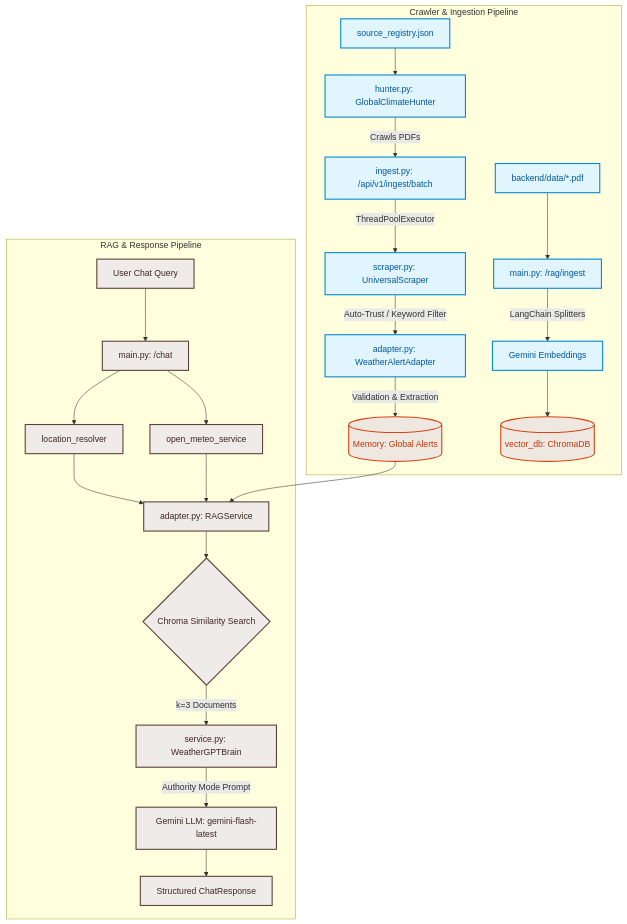
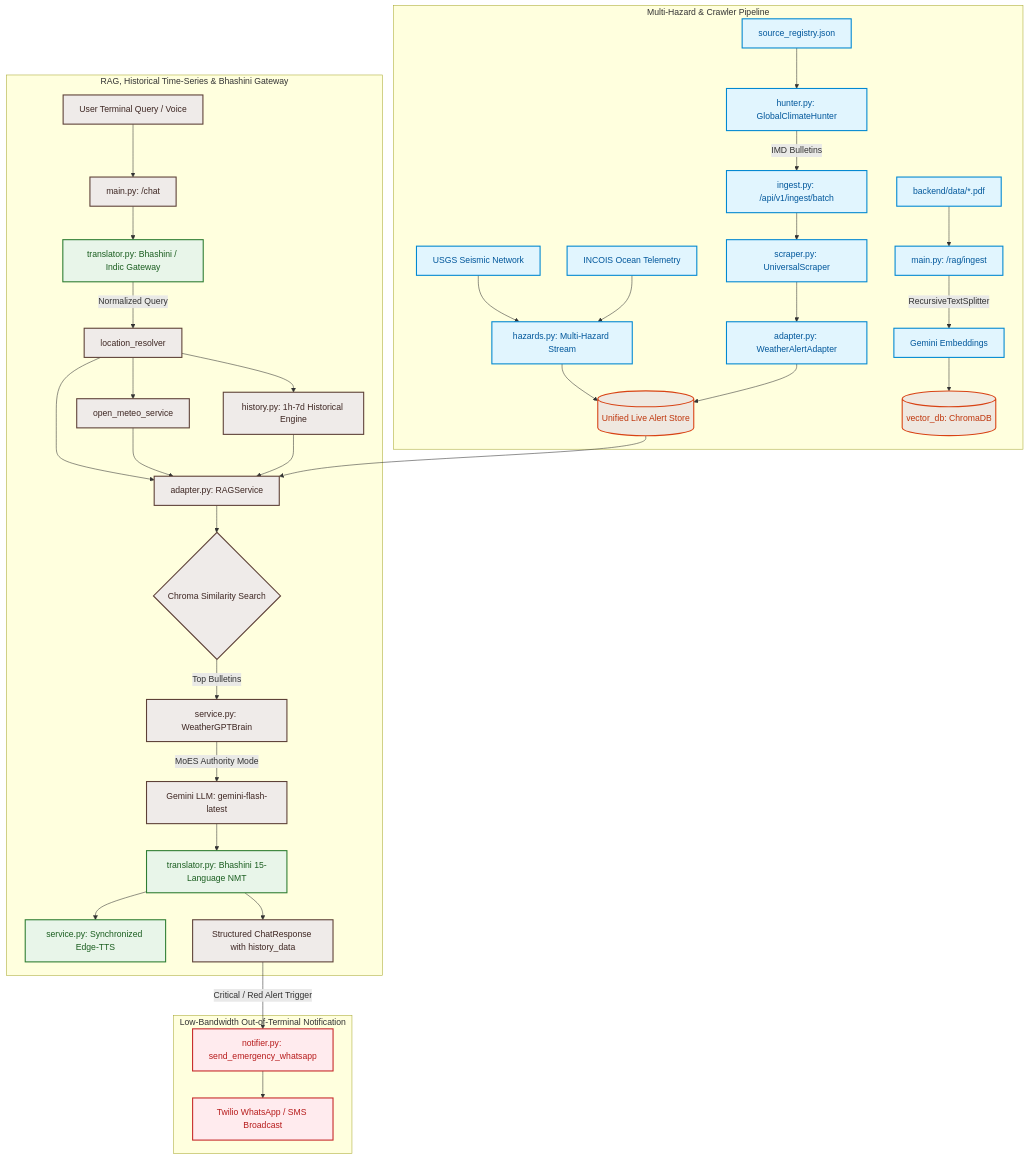
One commit to rck2025/WeatherGPT changed the diagram in README.md. Above: the diagram before and after it, drawn with Mermaid. The commit also changed other lines of this file and 73 other files, not shown here.

````diff
--- a/README.md
+++ b/README.md
@@ -11,35 +11,55 @@
 ```mermaid
 graph TD
     %% Styling
     classDef ingest fill:#e1f5fe,stroke:#0288d1,stroke-width:2px,color:#01579b;
     classDef query fill:#efebe9,stroke:#5d4037,stroke-width:2px,color:#3e2723;
     classDef storage fill:#efe8e0,stroke:#d84315,stroke-width:2px,color:#bf360c;
+    classDef national fill:#e8f5e9,stroke:#2e7d32,stroke-width:2px,color:#1b5e20;
+    classDef alert fill:#ffebee,stroke:#c62828,stroke-width:2px,color:#b71c1c;
     
-    subgraph Ingestion Pipeline [Crawler & Ingestion Pipeline]
+    subgraph Ingestion Pipeline [Multi-Hazard & Crawler Pipeline]
         registry[source_registry.json] --> hunter[hunter.py: GlobalClimateHunter]
-        hunter -- Crawls PDFs --> batch_ingest[ingest.py: /api/v1/ingest/batch]
-        batch_ingest -- ThreadPoolExecutor --> scraper[scraper.py: UniversalScraper]
-        scraper -- Auto-Trust / Keyword Filter --> adapter[adapter.py: WeatherAlertAdapter]
-        adapter -- Validation & Extraction --> alert_store[(Memory: Global Alerts)]
+        hunter -- IMD Bulletins --> batch_ingest[ingest.py: /api/v1/ingest/batch]
+        batch_ingest --> scraper[scraper.py: UniversalScraper]
+        scraper --> adapter[adapter.py: WeatherAlertAdapter]
+        
+        usgs_feed[USGS Seismic Network] --> hazards[hazards.py: Multi-Hazard Stream]
+        incois_feed[INCOIS Ocean Telemetry] --> hazards
+        
+        hazards --> alert_store[(Unified Live Alert Store)]
+        adapter --> alert_store
         
         pdf_dir[backend/data/*.pdf] --> doc_ingest[main.py: /rag/ingest]
-        doc_ingest -- LangChain Splitters --> embed[Gemini Embeddings]
+        doc_ingest -- RecursiveTextSplitter --> embed[Gemini Embeddings]
         embed --> chroma[(vector_db: ChromaDB)]
     end
     
-    subgraph Query Pipeline [RAG & Response Pipeline]
-        user[User Chat Query] --> chat_endpoint[main.py: /chat]
-        chat_endpoint --> loc[location_resolver]
-        chat_endpoint --> weather[open_meteo_service]
+    subgraph Query Pipeline [RAG, Historical Time-Series & Bhashini Gateway]
+        user[User Terminal Query / Voice] --> chat_endpoint[main.py: /chat]
+        chat_endpoint --> bhashini_in[translator.py: Bhashini / Indic Gateway]
+        bhashini_in -- Normalized Query --> loc[location_resolver]
         
-        loc & weather & alert_store --> rag_service[adapter.py: RAGService]
+        loc --> weather[open_meteo_service]
+        loc --> history[history.py: 1h-7d Historical Engine]
+        
+        loc & weather & history & alert_store --> rag_service[adapter.py: RAGService]
         rag_service --> chroma_search{Chroma Similarity Search}
-        chroma_search -- k=3 Documents --> brain[service.py: WeatherGPTBrain]
-        brain -- Authority Mode Prompt --> llm[Gemini LLM: gemini-flash-latest]
-        llm --> response[Structured ChatResponse]
+        chroma_search -- Top Bulletins --> brain[service.py: WeatherGPTBrain]
+        brain -- MoES Authority Mode --> llm[Gemini LLM: gemini-flash-latest]
+        
+        llm --> bhashini_out[translator.py: Bhashini 15-Language NMT]
+        bhashini_out --> tts[service.py: Synchronized Edge-TTS]
+        bhashini_out --> response[Structured ChatResponse with history_data]
     end
 
-    class registry,hunter,batch_ingest,scraper,adapter,pdf_dir,doc_ingest,embed ingest;
-    class user,chat_endpoint,loc,weather,rag_service,chroma_search,brain,llm,response query;
+    subgraph Emergency Disaster Bridge [Low-Bandwidth Out-of-Terminal Notification]
+        response -- Critical / Red Alert Trigger --> notifier[notifier.py: send_emergency_whatsapp]
+        notifier --> whatsapp[Twilio WhatsApp / SMS Broadcast]
+    end
+
+    class registry,hunter,batch_ingest,scraper,adapter,pdf_dir,doc_ingest,embed,usgs_feed,incois_feed,hazards ingest;
+    class user,chat_endpoint,loc,weather,history,rag_service,chroma_search,brain,llm,response query;
     class chroma,alert_store storage;
+    class bhashini_in,bhashini_out,tts national;
+    class notifier,whatsapp alert;
 ```
````
